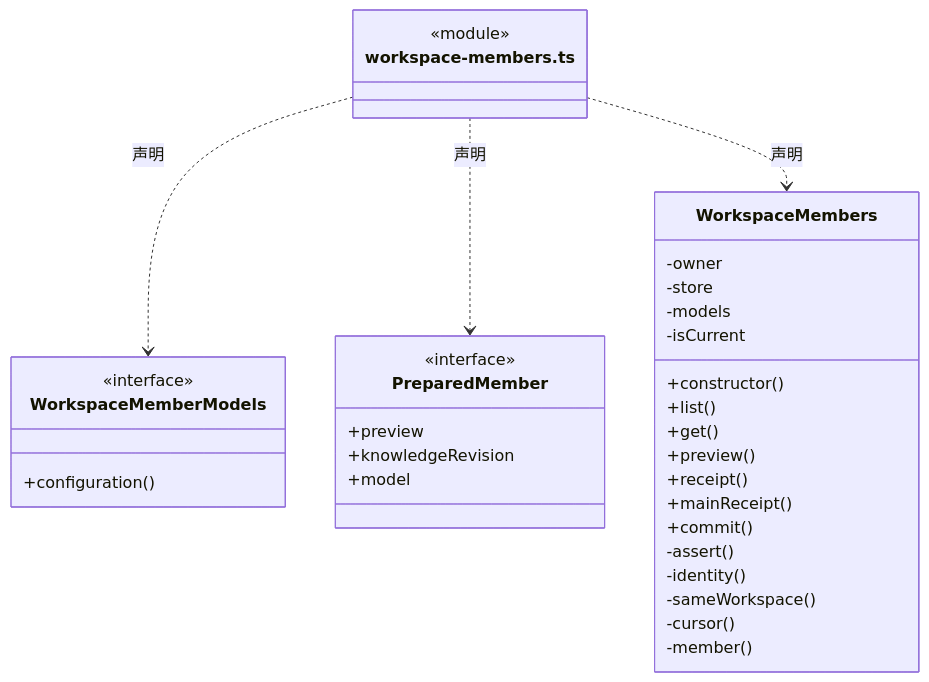
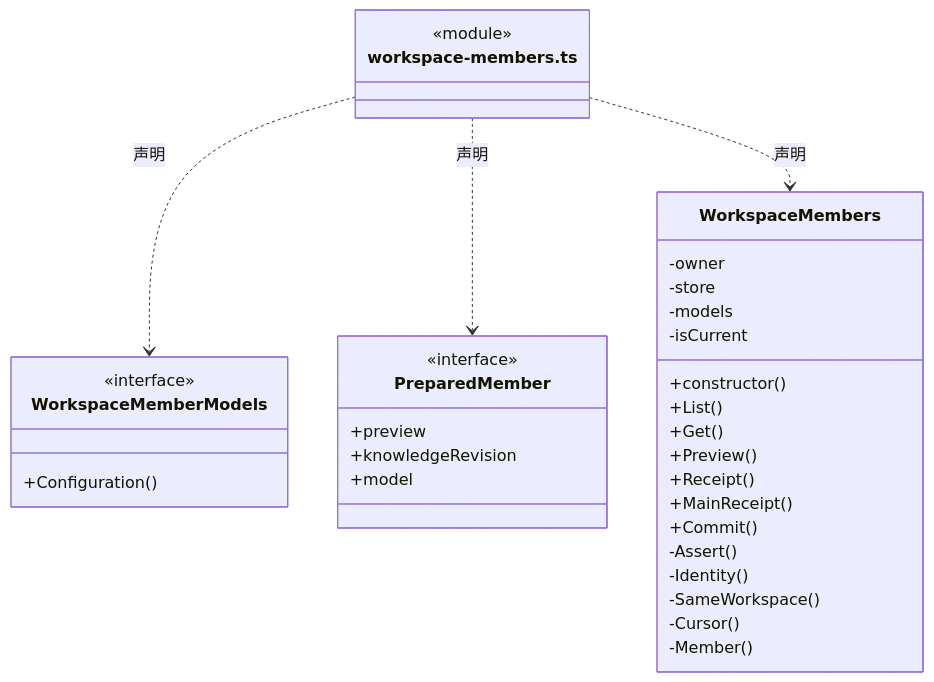
The second of 4 diagrams in src/logic/team/service/ARCHITECTURE.md (nan023062/cbim), drawn with Mermaid before and after one commit. The commit also changed other lines of this file and 1035 other files, not shown here.

````diff
--- a/src/logic/team/service/ARCHITECTURE.md
+++ b/src/logic/team/service/ARCHITECTURE.md
@@ -38,37 +38,37 @@
 ```mermaid
 classDiagram
 class N_src_logic_team_service_workspace_members_ts["workspace-members.ts"] {
   <<module>>
 }
 class N_src_logic_team_service_workspace_members_ts_WorkspaceMemberModels["WorkspaceMemberModels"] {
   <<interface>>
-  +configuration()
+  +Configuration()
 }
 N_src_logic_team_service_workspace_members_ts ..> N_src_logic_team_service_workspace_members_ts_WorkspaceMemberModels : 声明
 class N_src_logic_team_service_workspace_members_ts_PreparedMember["PreparedMember"] {
   <<interface>>
   +preview
   +knowledgeRevision
   +model
 }
 N_src_logic_team_service_workspace_members_ts ..> N_src_logic_team_service_workspace_members_ts_PreparedMember : 声明
 class N_src_logic_team_service_workspace_members_ts_WorkspaceMembers["WorkspaceMembers"] {
   +constructor()
-  +list()
-  +get()
-  +preview()
-  +receipt()
-  +mainReceipt()
-  +commit()
+  +List()
+  +Get()
+  +Preview()
+  +Receipt()
+  +MainReceipt()
+  +Commit()
   -owner
   -store
   -models
   -isCurrent
-  -assert()
-  -identity()
-  -sameWorkspace()
-  -cursor()
-  -member()
+  -Assert()
+  -Identity()
+  -SameWorkspace()
+  -Cursor()
+  -Member()
 }
 N_src_logic_team_service_workspace_members_ts ..> N_src_logic_team_service_workspace_members_ts_WorkspaceMembers : 声明
 ```
````
